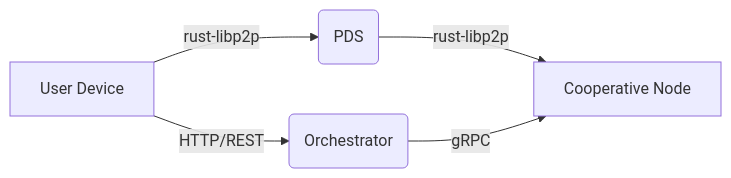
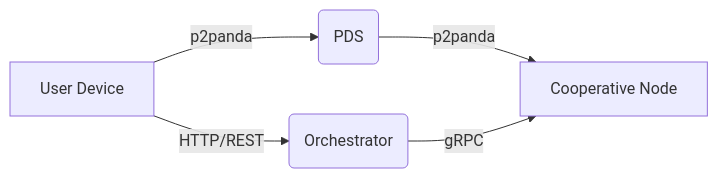
Before and after one commit to humancuration/cpc: the first of 3 diagrams in docs/ARCHITECTURE.md, drawn with Mermaid. The commit also changed other lines of this file and 246 other files, not shown here.

````diff
--- a/docs/ARCHITECTURE.md
+++ b/docs/ARCHITECTURE.md
@@ -54,7 +54,7 @@
 ```mermaid
 graph LR
   A[User Device] -- HTTP/REST --> B(Orchestrator)
-  A -- rust-libp2p --> C(PDS)
-  C -- rust-libp2p --> D[Cooperative Node]
+  A -- p2panda --> C(PDS)
+  C -- p2panda --> D[Cooperative Node]
   B -- gRPC --> D
 ```
````
